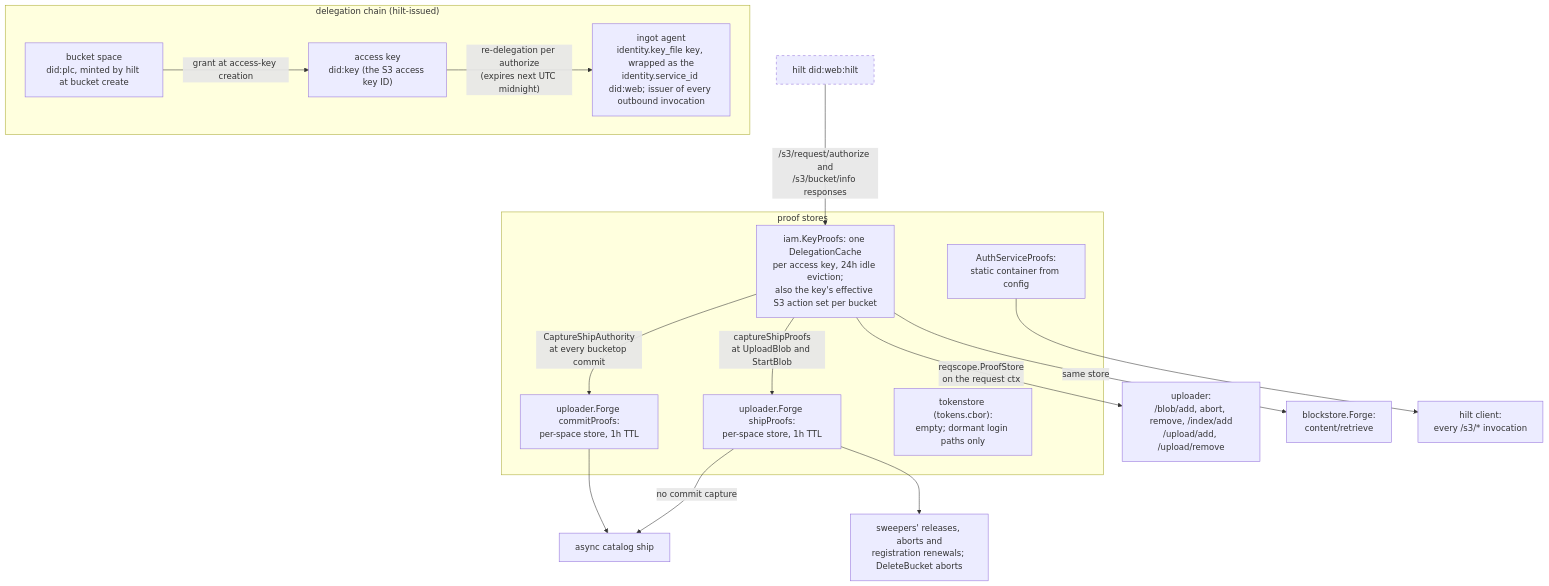
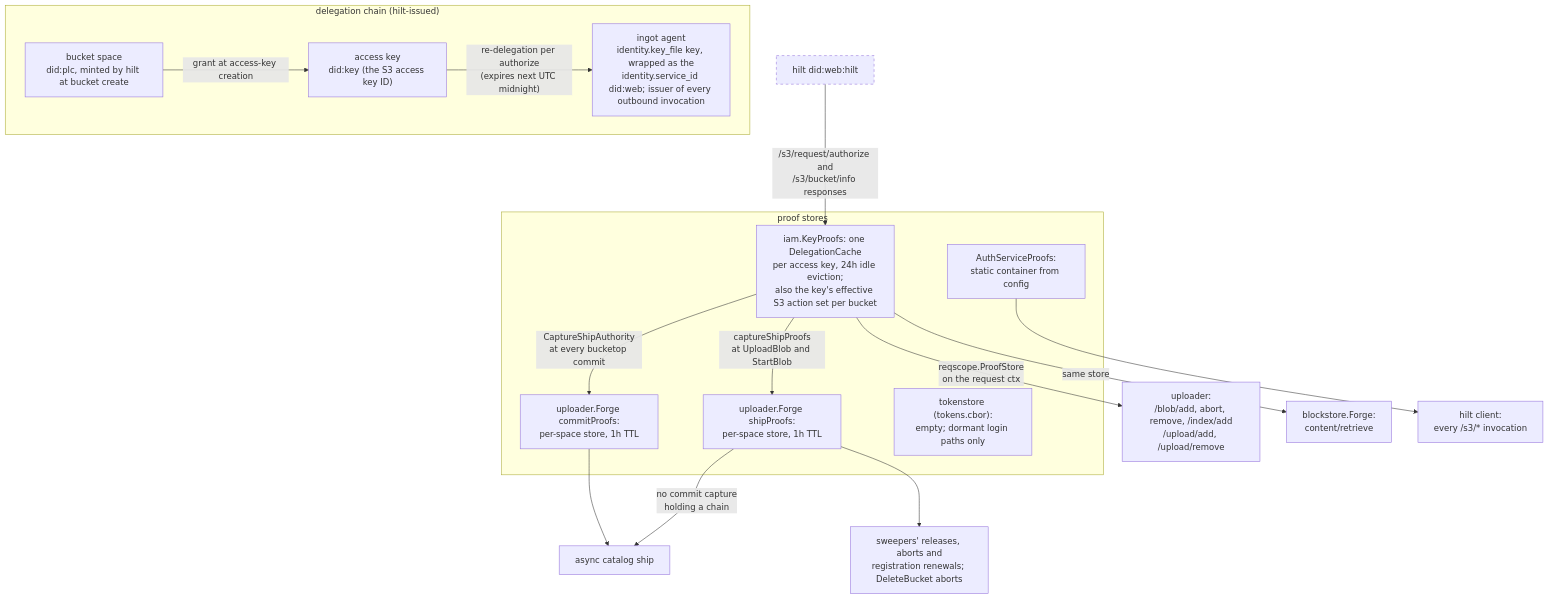
Diagram 12 of 15 in docs/diagrams.md (fil-forge/ingot), drawn with Mermaid before and after one commit. The commit also changed 2 other files, not shown here.

Commit message:
Don't capture a commit store that can't ship
CaptureShipAuthority now runs the same /blob/add probe the ship does and
skips a store with no chain, so a commit by a key whose grant can't ship no
longer displaces a capture that can. The ship-time probe stays for a chain
that lapses after capture. When no captured store can ship, the error now
says so ("no captured proof store holds a /blob/add chain") rather than
claiming none was captured.

The probe tests now use real delegation chains to the agent, so they pin
the probe's audience and command: a /blob/add or /blob grant ships, and a
/blob/remove grant or one to another audience doesn't.

From review round 3 on fil-forge/ingot#304.

Claude-Session: https://claude.ai/code/session_01LiVnJUcTs3525oUFBioNYw

````diff
--- a/docs/diagrams.md
+++ b/docs/diagrams.md
@@ -899,32 +899,32 @@
 ```mermaid
 flowchart TB
     subgraph chain["delegation chain (hilt-issued)"]
         space["bucket space<br/>did:plc, minted by hilt at bucket create"]
         ak["access key<br/>did:key (the S3 access key ID)"]
         agent["ingot agent<br/>identity.key_file key, wrapped as the<br/>identity.service_id did:web; issuer of every outbound invocation"]
         space -->|"grant at access-key creation"| ak
         ak -->|"re-delegation per authorize<br/>(expires next UTC midnight)"| agent
     end
 
     hilt["hilt did:web:hilt"] -->|"/s3/request/authorize and<br/>/s3/bucket/info responses"| kp
 
     subgraph stores["proof stores"]
         kp["iam.KeyProofs: one DelegationCache<br/>per access key, 24h idle eviction;<br/>also the key's effective S3 action set per bucket"]
         ship["uploader.Forge shipProofs:<br/>per-space store, 1h TTL"]
         commit["uploader.Forge commitProofs:<br/>per-space store, 1h TTL"]
         static["AuthServiceProofs:<br/>static container from config"]
         tok["tokenstore (tokens.cbor):<br/>empty; dormant login paths only"]
     end
 
     kp -->|"reqscope.ProofStore<br/>on the request ctx"| writes["uploader:<br/>/blob/add, abort, remove, /index/add<br/>/upload/add, /upload/remove"]
     kp -->|"same store"| reads["blockstore.Forge:<br/>content/retrieve"]
     kp -->|"captureShipProofs<br/>at UploadBlob and StartBlob"| ship
     kp -->|"CaptureShipAuthority<br/>at every bucketop commit"| commit
     commit --> catship["async catalog ship"]
-    ship -->|"no commit capture"| catship
+    ship -->|"no commit capture<br/>holding a chain"| catship
     ship --> async["sweepers' releases, aborts and<br/>registration renewals; DeleteBucket aborts"]
     static --> hc["hilt client:<br/>every /s3/* invocation"]
 
     classDef external stroke-dasharray: 5 5
     class hilt external
 ```
````
